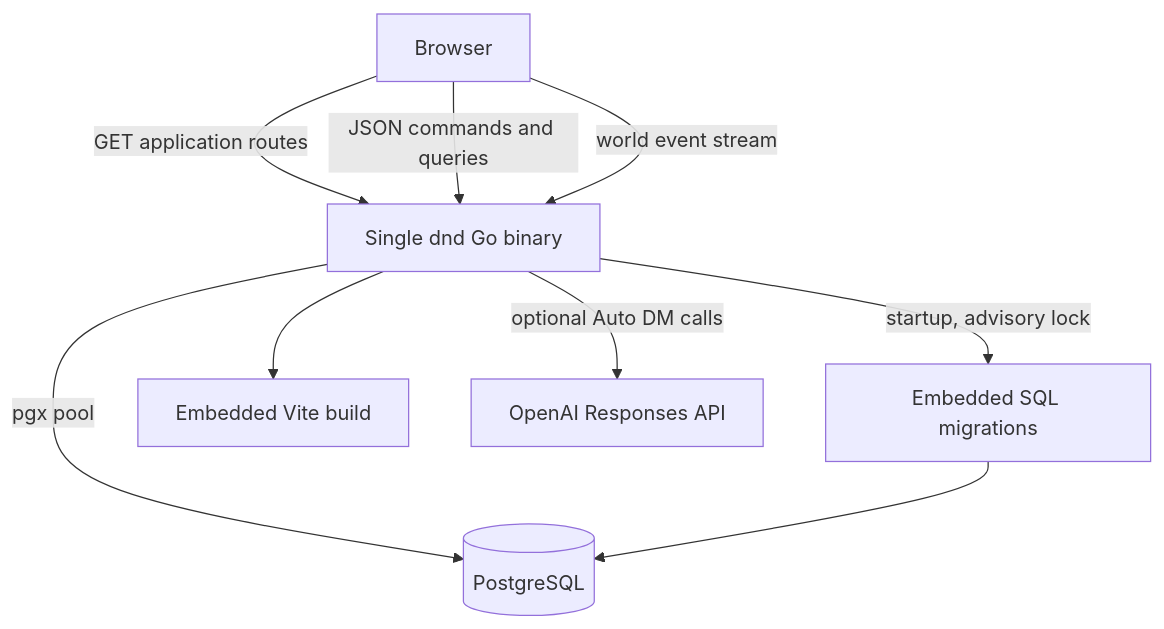
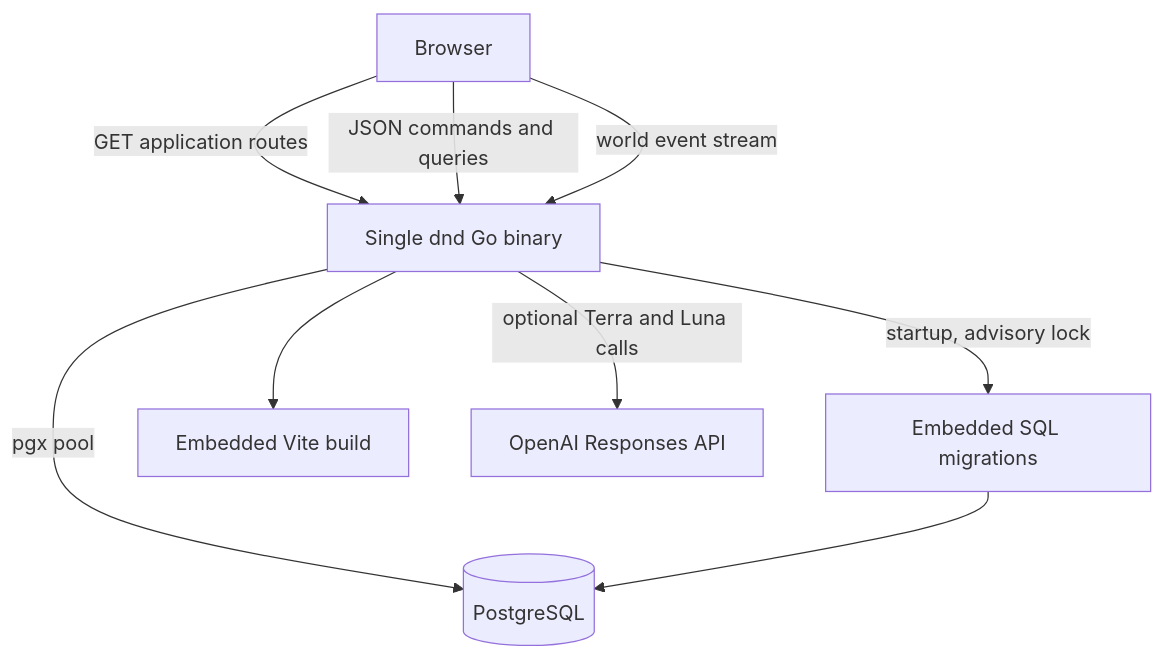
Before and after one commit to JTan2231/gezerah: the first of 8 diagrams in docs/architecture.md, drawn with Mermaid. The commit also changed other lines of this file and 141 other files, not shown here.

````diff
--- a/docs/architecture.md
+++ b/docs/architecture.md
@@ -37,18 +37,18 @@
 ```mermaid
 flowchart TB
     Client[Browser]
     Binary[Single dnd Go binary]
     Migrations[Embedded SQL migrations]
     Static[Embedded Vite build]
     Postgres[(PostgreSQL)]
     OpenAI[OpenAI Responses API]
 
     Client -->|GET application routes| Binary
     Binary --> Static
     Client -->|JSON commands and queries| Binary
     Client -->|world event stream| Binary
     Binary -->|pgx pool| Postgres
-    Binary -->|optional Auto DM calls| OpenAI
+    Binary -->|optional Terra and Luna calls| OpenAI
     Binary -->|startup, advisory lock| Migrations
     Migrations --> Postgres
 ```
````
